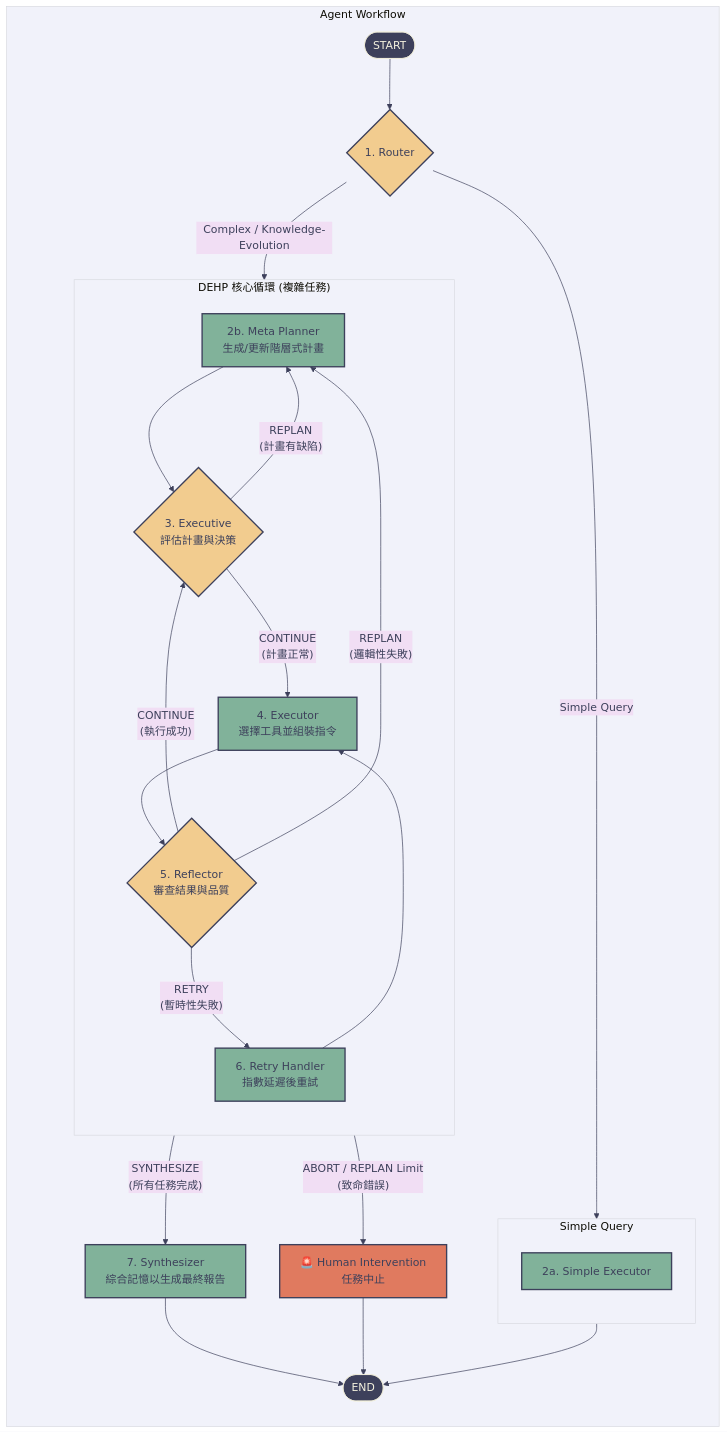
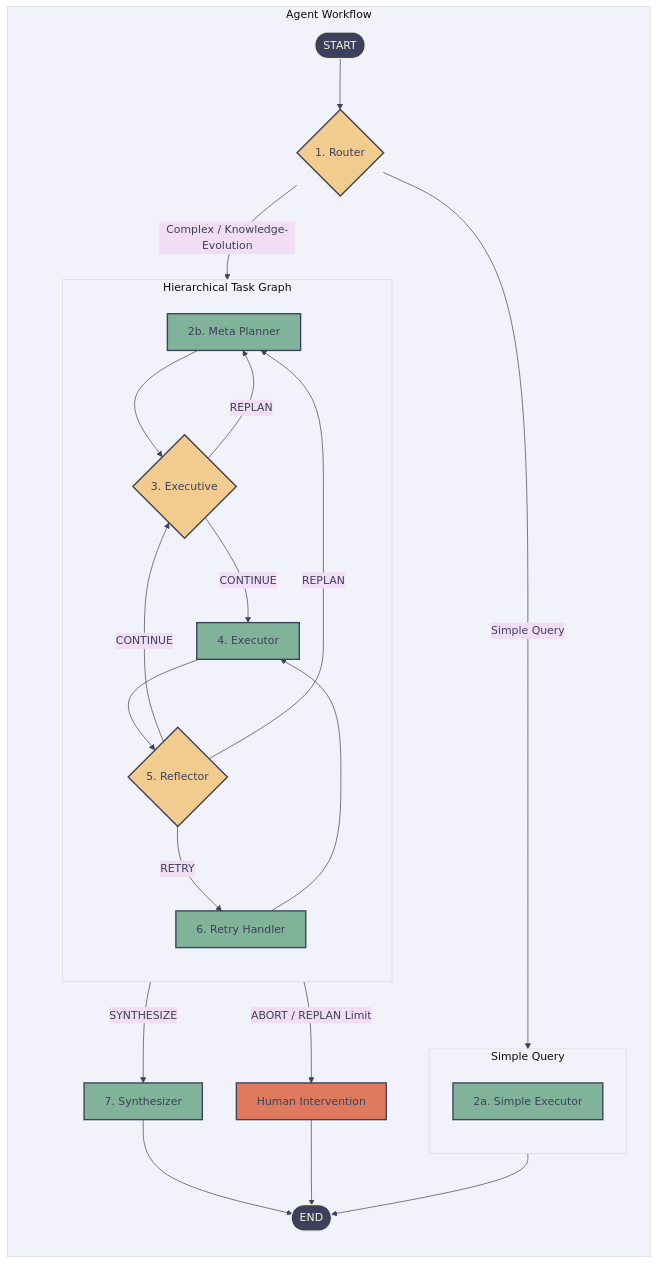
Before and after one commit to WRSHIH/Cognitagent: the second of 2 diagrams in README.md, drawn with Mermaid.

````diff
--- a/README.md
+++ b/README.md
@@ -235,62 +235,62 @@
 ```mermaid
 %%{init: {'theme': 'base', 'themeVariables': { 'primaryColor': '#F4F1DE', 'primaryTextColor': '#3D405B', 'lineColor': '#3D405B', 'textColor': '#3D405B', 'actorBorder': '#3D405B', 'actorBkg': '#F4F1DE'}}}%%
 graph TD
     subgraph "Agent Workflow"
         direction TB
         A_START([START]) --> B_ROUTER{1. Router<br>};
 
         subgraph "Simple Query"
             direction TB
             C_SIMPLE[2a. Simple Executor<br>];
         end
 
-        subgraph "DEHP 核心循環 (複雜任務)"
+        subgraph "Hierarchical Task Graph"
             direction TB
-            D_PLANNER[2b. Meta Planner<br>生成/更新階層式計畫];
-            E_EXECUTIVE{3. Executive<br>評估計畫與決策};
-            F_EXECUTOR[4. Executor<br>選擇工具並組裝指令];
-            G_REFLECTOR{5. Reflector<br>審查結果與品質};
-            H_RETRY[6. Retry Handler<br>指數延遲後重試];
+            D_PLANNER[2b. Meta Planner<br>];
+            E_EXECUTIVE{3. Executive<br>};
+            F_EXECUTOR[4. Executor<br>];
+            G_REFLECTOR{5. Reflector<br>};
+            H_RETRY[6. Retry Handler<br>];
         end
         
-        I_SYNTHESIZER[7. Synthesizer<br>綜合記憶以生成最終報告];
-        J_HUMAN_INTERVENTION[🚨 Human Intervention<br>任務中止];
+        I_SYNTHESIZER[7. Synthesizer<br>];
+        J_HUMAN_INTERVENTION[Human Intervention<br>];
         K_END([END]);
 
         %% 流程連接
         B_ROUTER -- "Simple Query" --> C_SIMPLE;
         B_ROUTER -- "Complex / Knowledge-Evolution " --> D_PLANNER;
 
         C_SIMPLE --> K_END;
 
         D_PLANNER --> E_EXECUTIVE;
         
-        E_EXECUTIVE -- "CONTINUE<br>(計畫正常)" --> F_EXECUTOR;
-        E_EXECUTIVE -- "REPLAN<br>(計畫有缺陷)" --> D_PLANNER;
-        E_EXECUTIVE -- "SYNTHESIZE<br>(所有任務完成)" --> I_SYNTHESIZER;
+        E_EXECUTIVE -- "CONTINUE<br>" --> F_EXECUTOR;
+        E_EXECUTIVE -- "REPLAN<br>" --> D_PLANNER;
+        E_EXECUTIVE -- "SYNTHESIZE<br>" --> I_SYNTHESIZER;
         
         F_EXECUTOR --> G_REFLECTOR;
 
-        G_REFLECTOR -- "CONTINUE<br>(執行成功)" --> E_EXECUTIVE;
-        G_REFLECTOR -- "REPLAN<br>(邏輯性失敗)" --> D_PLANNER;
-        G_REFLECTOR -- "RETRY<br>(暫時性失敗)" --> H_RETRY;
-        G_REFLECTOR -- "ABORT / REPLAN Limit<br>(致命錯誤)" --> J_HUMAN_INTERVENTION;
+        G_REFLECTOR -- "CONTINUE<br>" --> E_EXECUTIVE;
+        G_REFLECTOR -- "REPLAN<br>" --> D_PLANNER;
+        G_REFLECTOR -- "RETRY<br>" --> H_RETRY;
+        G_REFLECTOR -- "ABORT / REPLAN Limit<br>" --> J_HUMAN_INTERVENTION;
 
         H_RETRY --> F_EXECUTOR;
         
         I_SYNTHESIZER --> K_END;
         J_HUMAN_INTERVENTION --> K_END;
 
     end
 
     %% 節點樣式
     classDef startEnd fill:#3D405B,stroke:#F4F1DE,color:#F4F1DE;
     classDef decision fill:#F2CC8F,stroke:#3D405B,stroke-width:2px;
     classDef process fill:#81B29A,stroke:#3D405B,stroke-width:2px;
     classDef error fill:#E07A5F,stroke:#3D405B,stroke-width:2px;
 
     class A_START,K_END startEnd;
     class B_ROUTER,E_EXECUTIVE,G_REFLECTOR decision;
     class C_SIMPLE,D_PLANNER,F_EXECUTOR,H_RETRY,I_SYNTHESIZER process;
     class J_HUMAN_INTERVENTION error;
 ```
````
